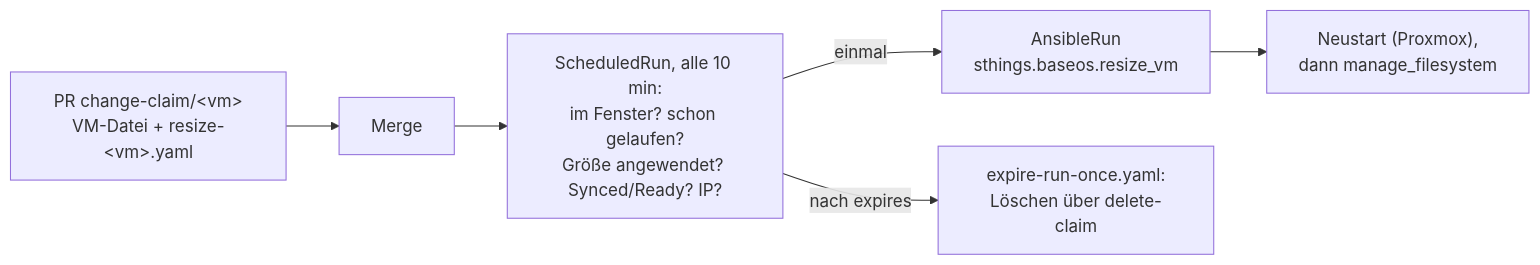
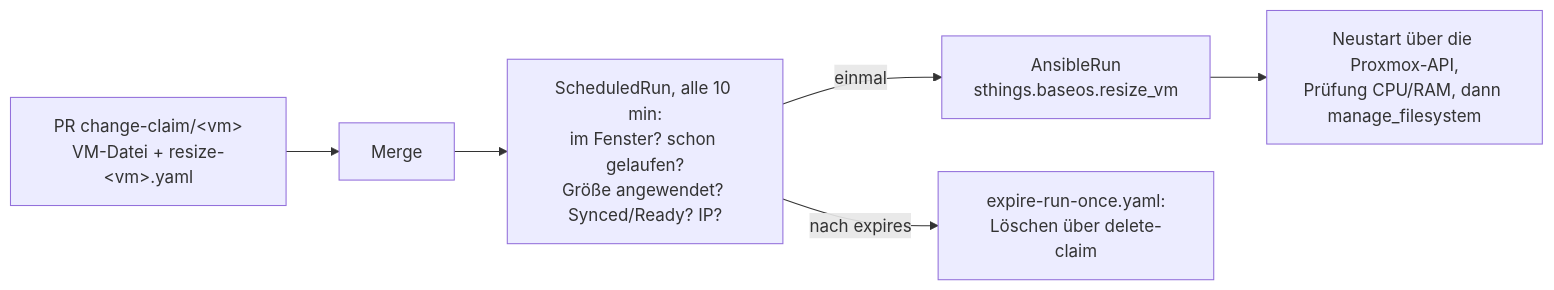
One commit to stuttgart-things/machinery changed the third of 4 diagrams in docs/design/claim-scheduler.md. Above: the diagram before and after it, drawn with Mermaid. The commit also changed other lines of this file, not shown here.

````diff
--- a/docs/design/claim-scheduler.md
+++ b/docs/design/claim-scheduler.md
@@ -218,8 +227,8 @@
 ```mermaid
 flowchart LR
     pr["PR change-claim/&lt;vm&gt;<br/>VM-Datei + resize-&lt;vm&gt;.yaml"] --> merge["Merge"]
     merge --> sr["ScheduledRun, alle 10 min:<br/>im Fenster? schon gelaufen?<br/>Größe angewendet? Synced/Ready? IP?"]
     sr -->|"einmal"| ar["AnsibleRun<br/>sthings.baseos.resize_vm"]
-    ar --> guest["Neustart (Proxmox),<br/>dann manage_filesystem"]
+    ar --> guest["Neustart über die Proxmox-API,<br/>Prüfung CPU/RAM, dann manage_filesystem"]
     sr -->|"nach expires"| exp["expire-run-once.yaml:<br/>Löschen über delete-claim"]
 ```
````
